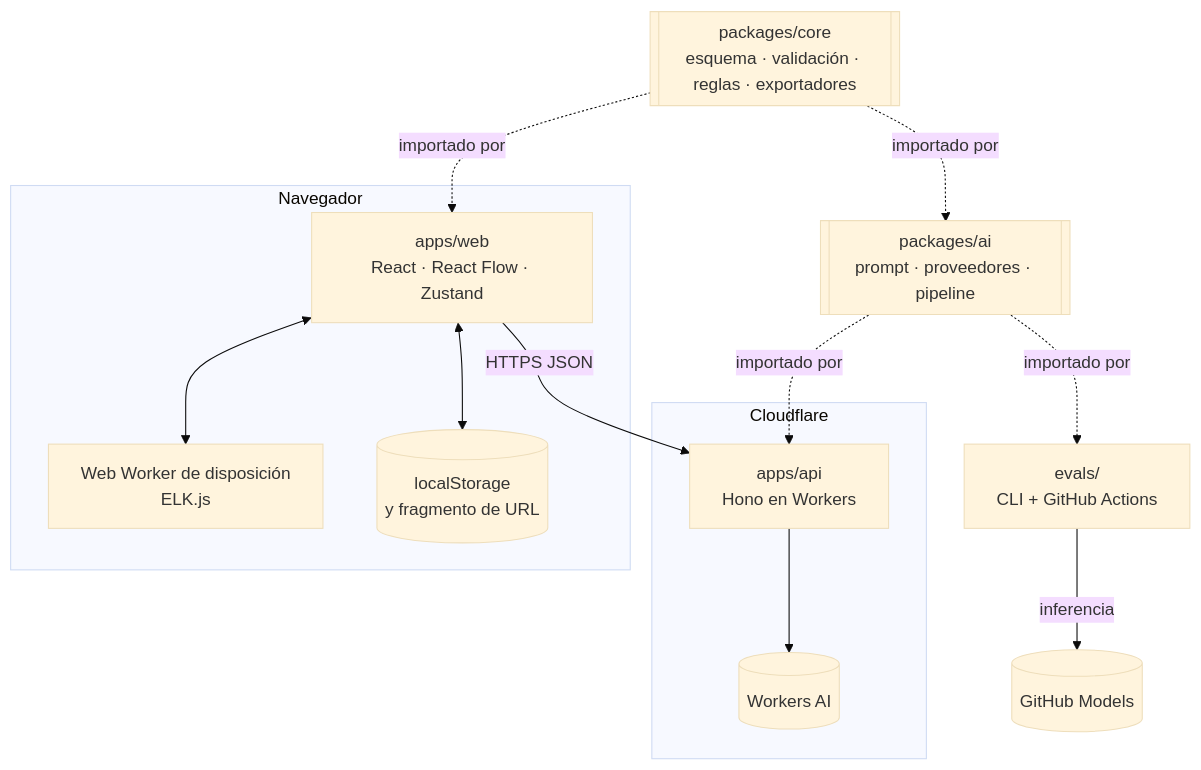
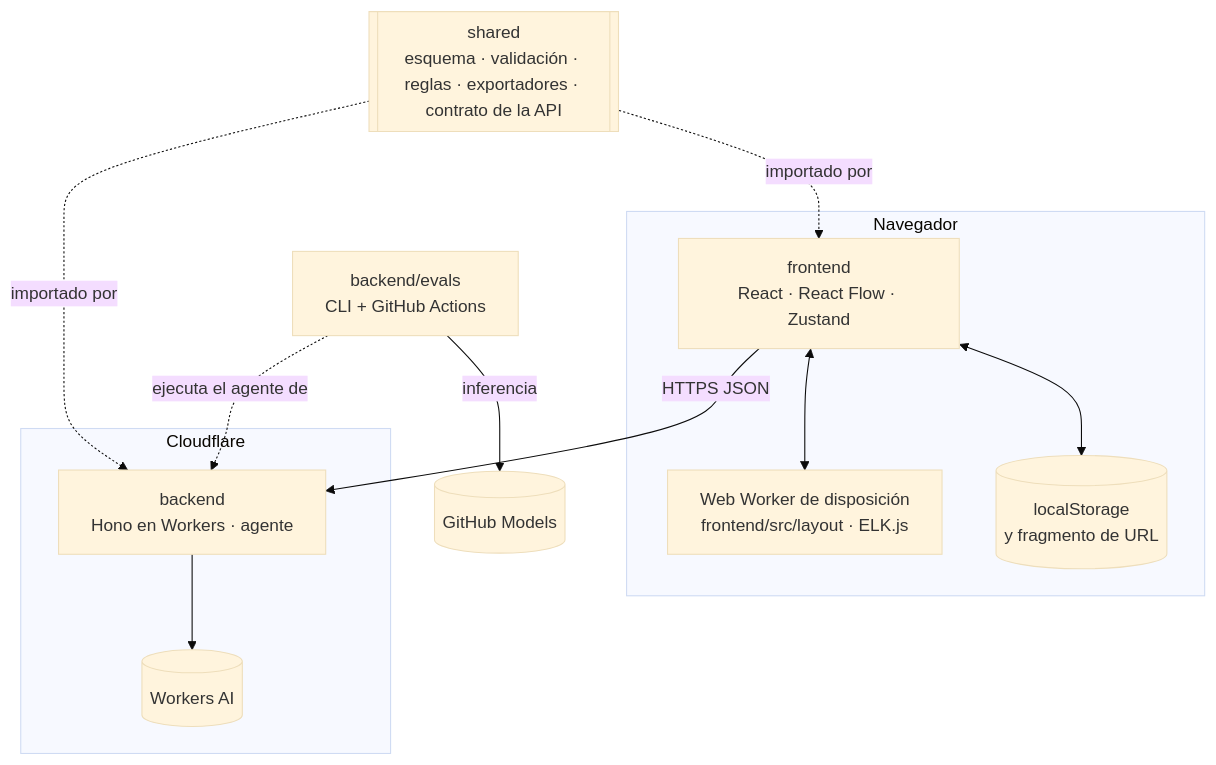
The second of 6 diagrams in docs/arquitectura.md (cosmemorillojulia/archdraft), drawn with Mermaid (base theme) before and after one commit. The commit also changed other lines of this file and 227 other files, not shown here.

Commit message:
refactor(repo): organize the repository into frontend, backend and shared packages (T34)

````diff
--- a/docs/arquitectura.md
+++ b/docs/arquitectura.md
@@ -38,26 +38,24 @@
 ```mermaid
 flowchart TB
   subgraph browser [Navegador]
-    web["apps/web<br/>React · React Flow · Zustand"]
-    worker["Web Worker de disposición<br/>ELK.js"]
+    web["frontend<br/>React · React Flow · Zustand"]
+    worker["Web Worker de disposición<br/>frontend/src/layout · ELK.js"]
     storage[(localStorage<br/>y fragmento de URL)]
   end
   subgraph cloudflare [Cloudflare]
-    api["apps/api<br/>Hono en Workers"]
+    api["backend<br/>Hono en Workers · agente"]
     ai[(Workers AI)]
   end
-  core[["packages/core<br/>esquema · validación · reglas · exportadores"]]
-  aipkg[["packages/ai<br/>prompt · proveedores · pipeline"]]
-  evals["evals/<br/>CLI + GitHub Actions"]
+  shared[["shared<br/>esquema · validación · reglas · exportadores · contrato de la API"]]
+  evals["backend/evals<br/>CLI + GitHub Actions"]
   ghm[(GitHub Models)]
 
   web <--> worker
   web <--> storage
   web -->|HTTPS JSON| api
   api --> ai
-  core -.->|importado por| web
-  core -.->|importado por| aipkg
-  aipkg -.->|importado por| api
-  aipkg -.->|importado por| evals
+  shared -.->|importado por| web
+  shared -.->|importado por| api
+  evals -.->|ejecuta el agente de| api
   evals -->|inferencia| ghm
 ```
````
